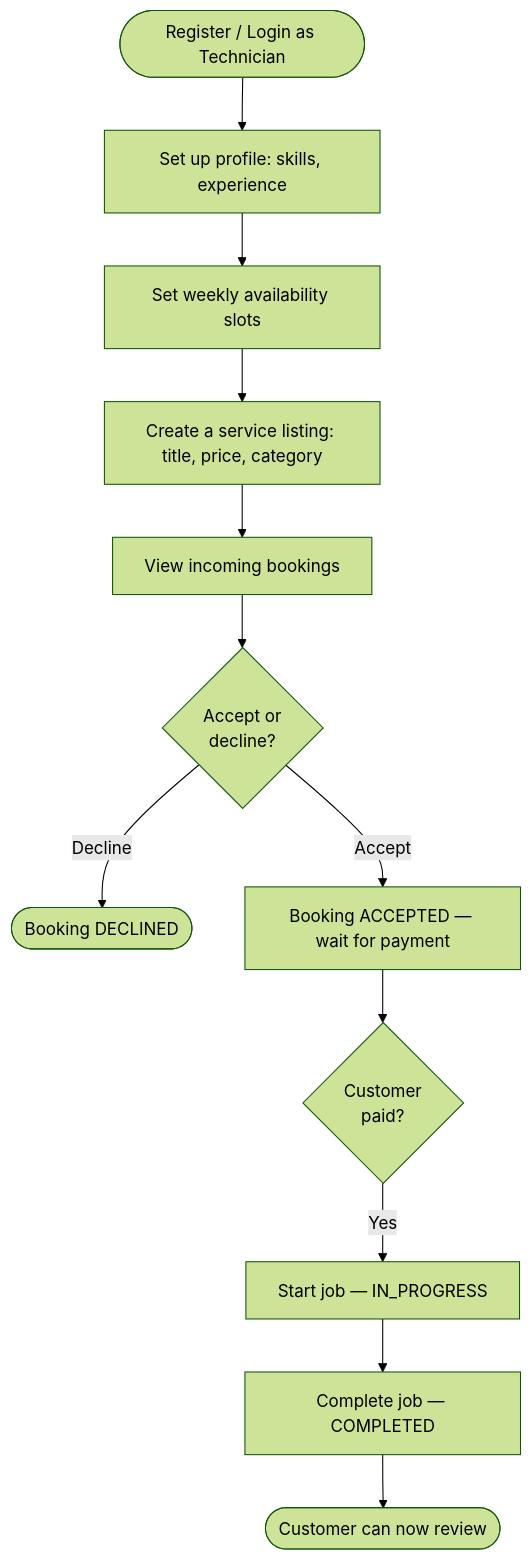
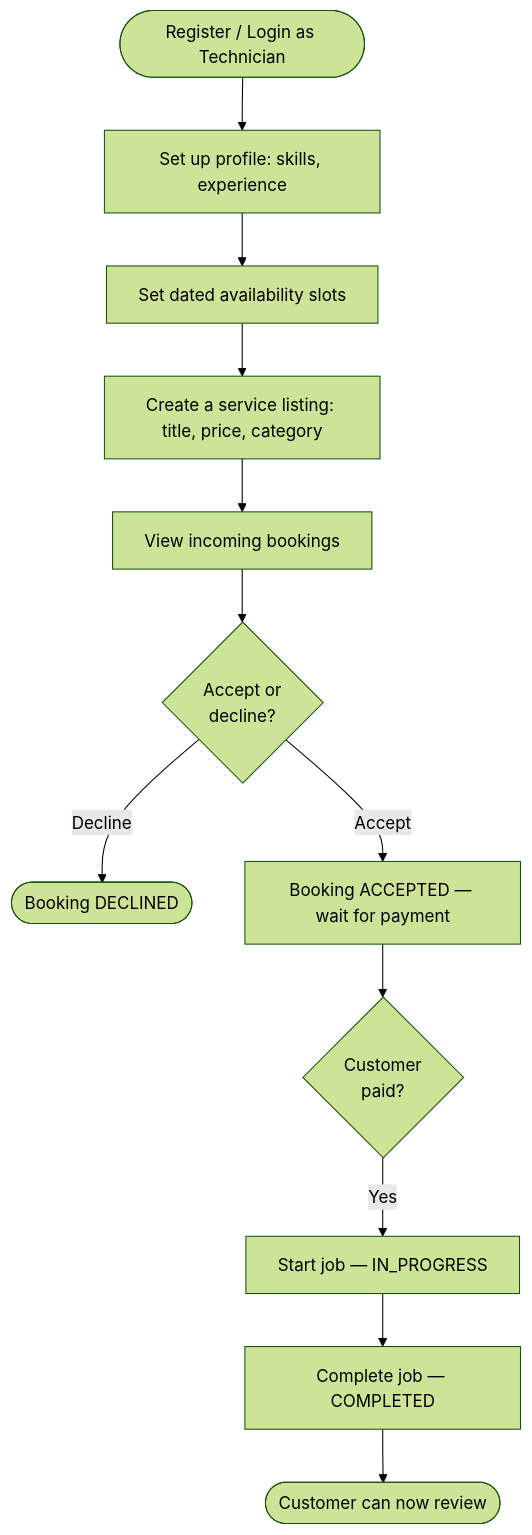
One commit to Shakil-Ahmmed8882/fix-mate changed the third of 5 diagrams in README.md. Above: the diagram before and after it, drawn with Mermaid (forest theme). The commit also changed other lines of this file and 4 other files, not shown here.

Commit message:
docs(availability): document dated 12-hour slots, overlap rules, and get endpoint

````diff
--- a/README.md
+++ b/README.md
@@ -342,14 +343,14 @@
 ```mermaid
 flowchart TD
     A([Register / Login as Technician]) --> B[Set up profile: skills, experience]
-    B --> C[Set weekly availability slots]
+    B --> C[Set dated availability slots]
     C --> S[Create a service listing: title, price, category]
     S --> D[View incoming bookings]
     D --> E{Accept or<br/>decline?}
     E -->|Decline| F([Booking DECLINED])
     E -->|Accept| G[Booking ACCEPTED — wait for payment]
     G --> H{Customer<br/>paid?}
     H -->|Yes| I[Start job — IN_PROGRESS]
     I --> J[Complete job — COMPLETED]
     J --> K([Customer can now review])
 ```
````
